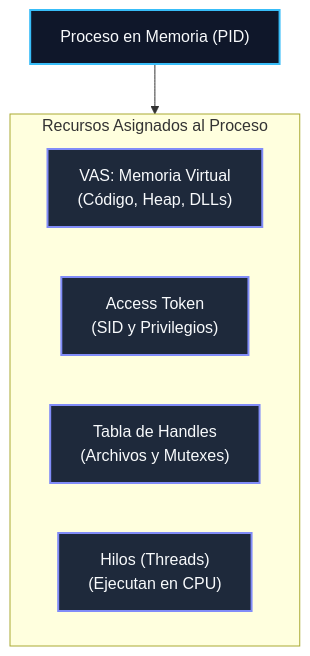
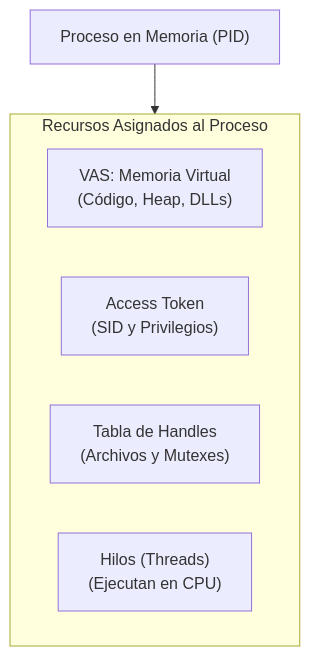
Before and after one commit to purpesec/Cybersecurity-For-Beginners: the first of 6 diagrams in malware-analysis/02-procesos-servicios-y-cuentas/README.md, drawn with Mermaid. The commit also changed other lines of this file and 4 other files, not shown here.

Commit message:
style: remover classDef y colores personalizados para usar estilo nativo estandar de Mermaid

````diff
--- a/malware-analysis/02-procesos-servicios-y-cuentas/README.md
+++ b/malware-analysis/02-procesos-servicios-y-cuentas/README.md
@@ -16,18 +16,14 @@
 ```mermaid
 flowchart TD
-    classDef main fill:#0f172a,stroke:#38bdf8,stroke-width:2px,color:#f8fafc;
-    classDef comp fill:#1e293b,stroke:#818cf8,stroke-width:2px,color:#f8fafc;
-    classDef kern fill:#064e3b,stroke:#34d399,stroke-width:2px,color:#f8fafc;
-
-    PROC["Proceso en Memoria (PID)"]:::main
+    PROC["Proceso en Memoria (PID)"]
 
     subgraph RES["Recursos Asignados al Proceso"]
         direction LR
-        VAS["VAS: Memoria Virtual\n(Código, Heap, DLLs)"]:::comp
-        TOK["Access Token\n(SID y Privilegios)"]:::comp
-        HND["Tabla de Handles\n(Archivos y Mutexes)"]:::comp
-        TH["Hilos (Threads)\n(Ejecutan en CPU)"]:::comp
+        VAS["VAS: Memoria Virtual\n(Código, Heap, DLLs)"]
+        TOK["Access Token\n(SID y Privilegios)"]
+        HND["Tabla de Handles\n(Archivos y Mutexes)"]
+        TH["Hilos (Threads)\n(Ejecutan en CPU)"]
     end
 
     PROC --> RES
 ```
````
